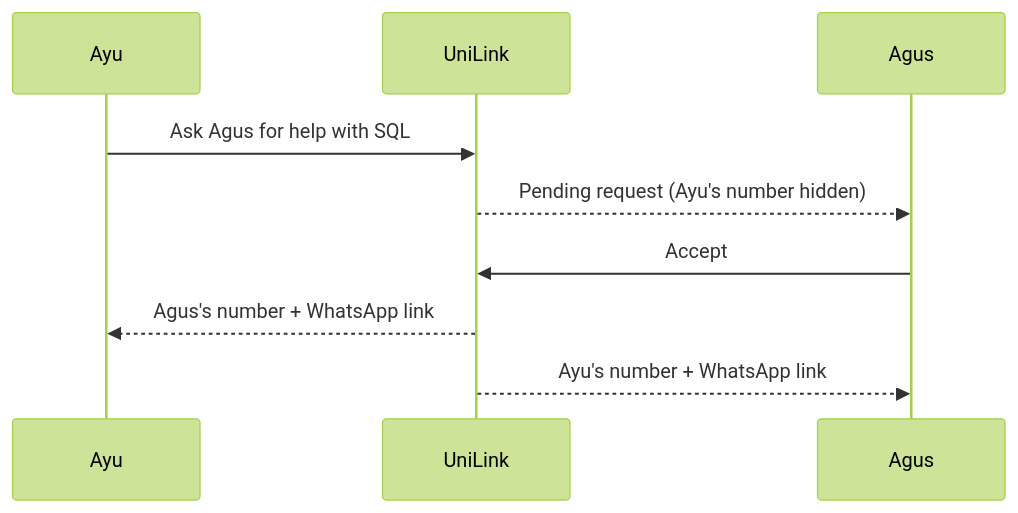
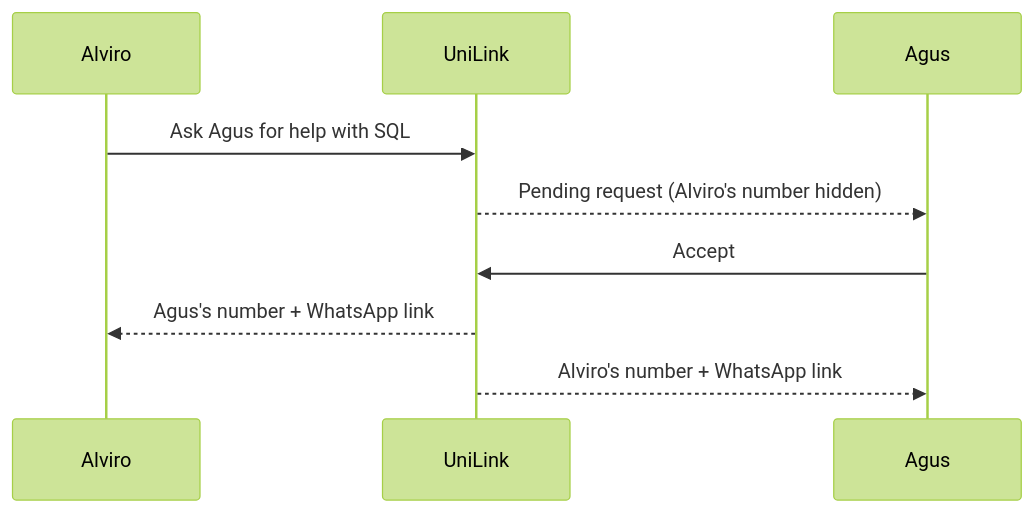
The second of 2 diagrams in README.md (Arktouros-Forge/UniLink), drawn with Mermaid (forest theme) before and after one commit. The commit also changed other lines of this file and 142 other files, not shown here.

````diff
--- a/README.md
+++ b/README.md
@@ -46,11 +47,11 @@
 ```mermaid
 sequenceDiagram
-  participant A as Ayu
+  participant A as Alviro
   participant U as UniLink
   participant G as Agus
   A->>U: Ask Agus for help with SQL
-  U-->>G: Pending request (Ayu's number hidden)
+  U-->>G: Pending request (Alviro's number hidden)
   G->>U: Accept
   U-->>A: Agus's number + WhatsApp link
-  U-->>G: Ayu's number + WhatsApp link
+  U-->>G: Alviro's number + WhatsApp link
 ```
````
